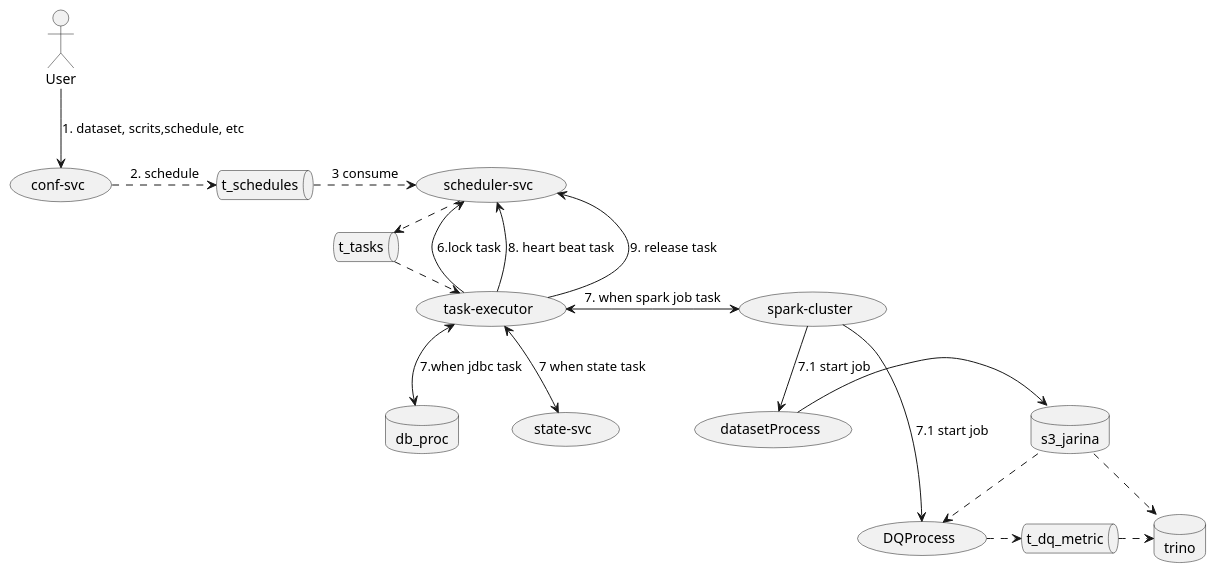
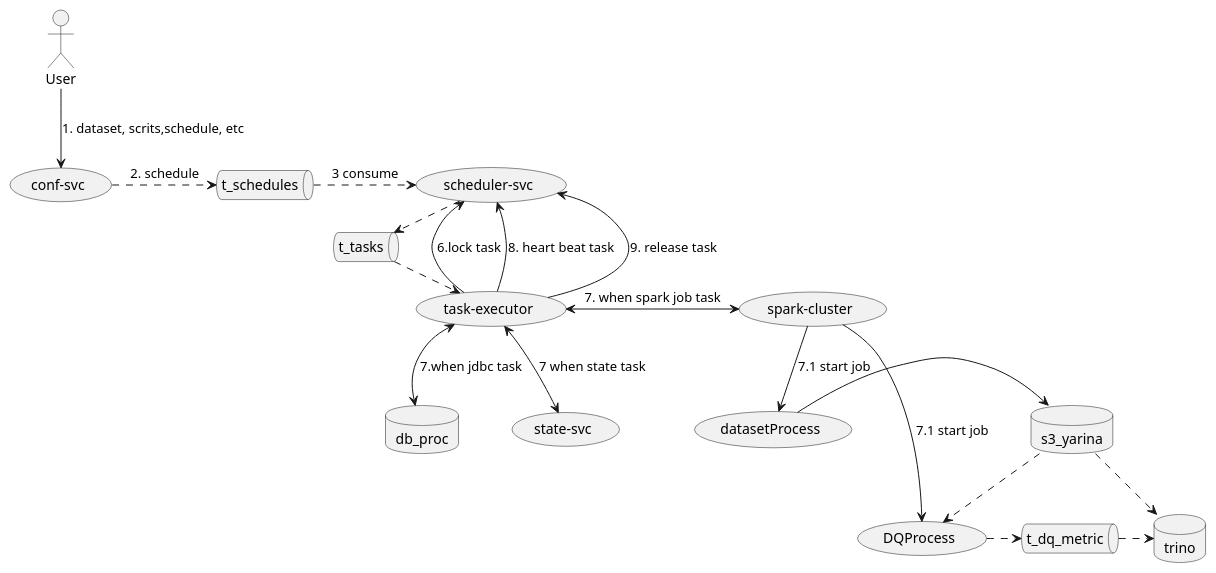
Before and after one commit to zaytsevdmitry/lakehouse: the diagram in demo/uml/flow.puml, drawn with PlantUML. The commit also changed 2174 other files, not shown here.

```diff
--- a/demo/uml/flow.puml
+++ b/demo/uml/flow.puml
@@ -1,28 +1,28 @@
 @startuml
 
 queue  t_schedules
 queue  t_tasks
 queue  t_dq_metric
 database db_proc
 database trino
-database s3_jarina
+database s3_yarina
 
 User --> (conf-svc): 1. dataset, scrits,schedule, etc
 (conf-svc) .> t_schedules: 2. schedule
 t_schedules .> (scheduler-svc): 3 consume
 (scheduler-svc) .> t_tasks: 4. taskId
 t_tasks .> (task-executor): 5. consume
 (task-executor) -> (scheduler-svc): 6.lock task
 (task-executor) <--> (state-svc): 7 when state task
 (task-executor) <--> db_proc: 7.when jdbc task
 (task-executor) <-> (spark-cluster): 7. when spark job task
 (task-executor) --> (scheduler-svc): 8. heart beat task
 (task-executor) --> (scheduler-svc): 9. release task
 (spark-cluster) --> (datasetProcess): 7.1 start job
-(datasetProcess) -> s3_jarina
-s3_jarina ..> (DQProcess)
+(datasetProcess) -> s3_yarina
+s3_yarina ..> (DQProcess)
 (spark-cluster) -> (DQProcess): 7.1 start job
 (DQProcess) .> t_dq_metric
 t_dq_metric .> trino
-s3_jarina .> trino
+s3_yarina .> trino
 @enduml
```
